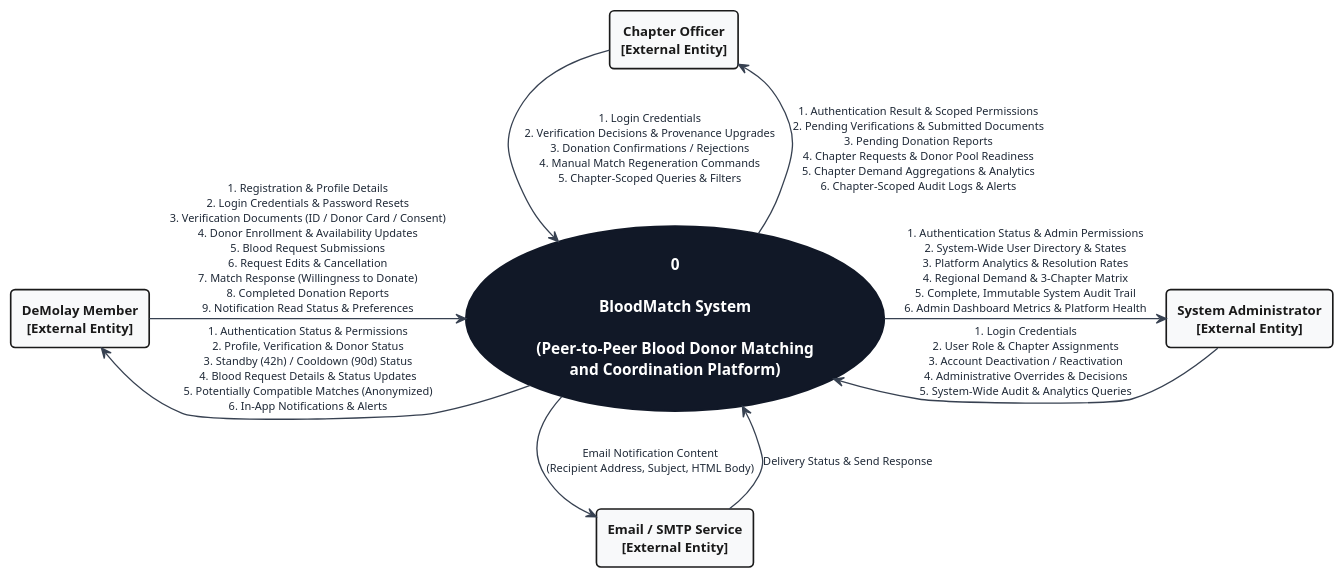
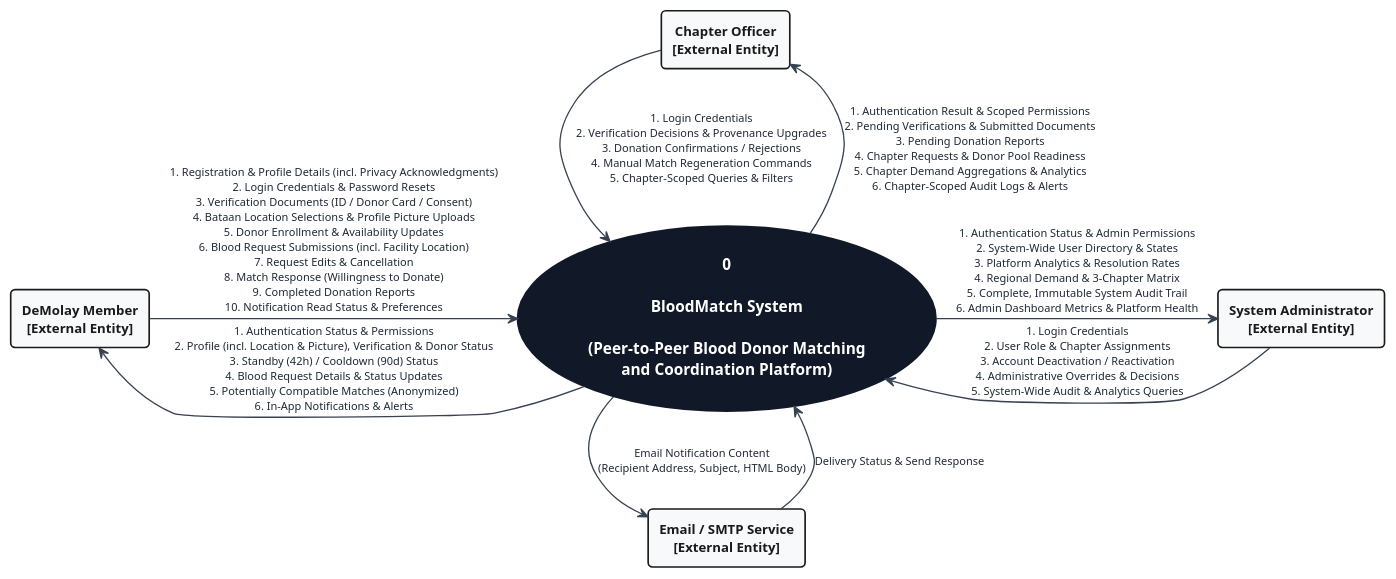
The diagram in docs/context-level-diagram.puml (Ruahsen/BloodMatch), drawn with PlantUML before and after one commit. The commit also changed 81 other files, not shown here.

Commit message:
feat(frontend): centered mono site footer; include pending location, profile-picture, notification work

```diff
--- a/docs/context-level-diagram.puml
+++ b/docs/context-level-diagram.puml
@@ -1,55 +1,55 @@
 @startuml
 skinparam backgroundColor #FFFFFF
 skinparam shadowing false
 skinparam defaultFontName Arial
 skinparam defaultFontSize 11
 skinparam defaultTextAlignment center
 skinparam roundCorner 8
 
 skinparam rectangle {
     BackgroundColor #F8F9FA
     BorderColor #1A1A1A
     BorderThickness 1.5
     FontSize 12
     FontStyle bold
     FontColor #1A1A1A
 }
 
 skinparam usecase {
     BackgroundColor #111827
     BorderColor #111827
     BorderThickness 2
     FontSize 14
     FontStyle bold
     FontColor #FFFFFF
 }
 
 skinparam arrow {
     Color #374151
     FontColor #1F2937
     FontSize 10
     Thickness 1.2
 }
 
 top to bottom direction
 
 rectangle "**Chapter Officer**\n[External Entity]" as Officer
 rectangle "**DeMolay Member**\n[External Entity]" as Member
 rectangle "**System Administrator**\n[External Entity]" as Admin
 rectangle "**Email / SMTP Service**\n[External Entity]" as SmtpService
 
 usecase "**0**\n\n**BloodMatch System**\n\n(Peer-to-Peer Blood Donor Matching\nand Coordination Platform)" as System
 
 Officer -down-> System : 1. Login Credentials\n2. Verification Decisions & Provenance Upgrades\n3. Donation Confirmations / Rejections\n4. Manual Match Regeneration Commands\n5. Chapter-Scoped Queries & Filters
 System -up-> Officer : 1. Authentication Result & Scoped Permissions\n2. Pending Verifications & Submitted Documents\n3. Pending Donation Reports\n4. Chapter Requests & Donor Pool Readiness\n5. Chapter Demand Aggregations & Analytics\n6. Chapter-Scoped Audit Logs & Alerts
 
-Member -right-> System : 1. Registration & Profile Details\n2. Login Credentials & Password Resets\n3. Verification Documents (ID / Donor Card / Consent)\n4. Donor Enrollment & Availability Updates\n5. Blood Request Submissions\n6. Request Edits & Cancellation\n7. Match Response (Willingness to Donate)\n8. Completed Donation Reports\n9. Notification Read Status & Preferences
-System -left-> Member : 1. Authentication Status & Permissions\n2. Profile, Verification & Donor Status\n3. Standby (42h) / Cooldown (90d) Status\n4. Blood Request Details & Status Updates\n5. Potentially Compatible Matches (Anonymized)\n6. In-App Notifications & Alerts
+Member -right-> System : 1. Registration & Profile Details (incl. Privacy Acknowledgments)\n2. Login Credentials & Password Resets\n3. Verification Documents (ID / Donor Card / Consent)\n4. Bataan Location Selections & Profile Picture Uploads\n5. Donor Enrollment & Availability Updates\n6. Blood Request Submissions (incl. Facility Location)\n7. Request Edits & Cancellation\n8. Match Response (Willingness to Donate)\n9. Completed Donation Reports\n10. Notification Read Status & Preferences
+System -left-> Member : 1. Authentication Status & Permissions\n2. Profile (incl. Location & Picture), Verification & Donor Status\n3. Standby (42h) / Cooldown (90d) Status\n4. Blood Request Details & Status Updates\n5. Potentially Compatible Matches (Anonymized)\n6. In-App Notifications & Alerts
 
 Admin -left-> System : 1. Login Credentials\n2. User Role & Chapter Assignments\n3. Account Deactivation / Reactivation\n4. Administrative Overrides & Decisions\n5. System-Wide Audit & Analytics Queries
 System -right-> Admin : 1. Authentication Status & Admin Permissions\n2. System-Wide User Directory & States\n3. Platform Analytics & Resolution Rates\n4. Regional Demand & 3-Chapter Matrix\n5. Complete, Immutable System Audit Trail\n6. Admin Dashboard Metrics & Platform Health
 
 System -down-> SmtpService : Email Notification Content\n(Recipient Address, Subject, HTML Body)
 SmtpService -up-> System : Delivery Status & Send Response
 
 @enduml
```
